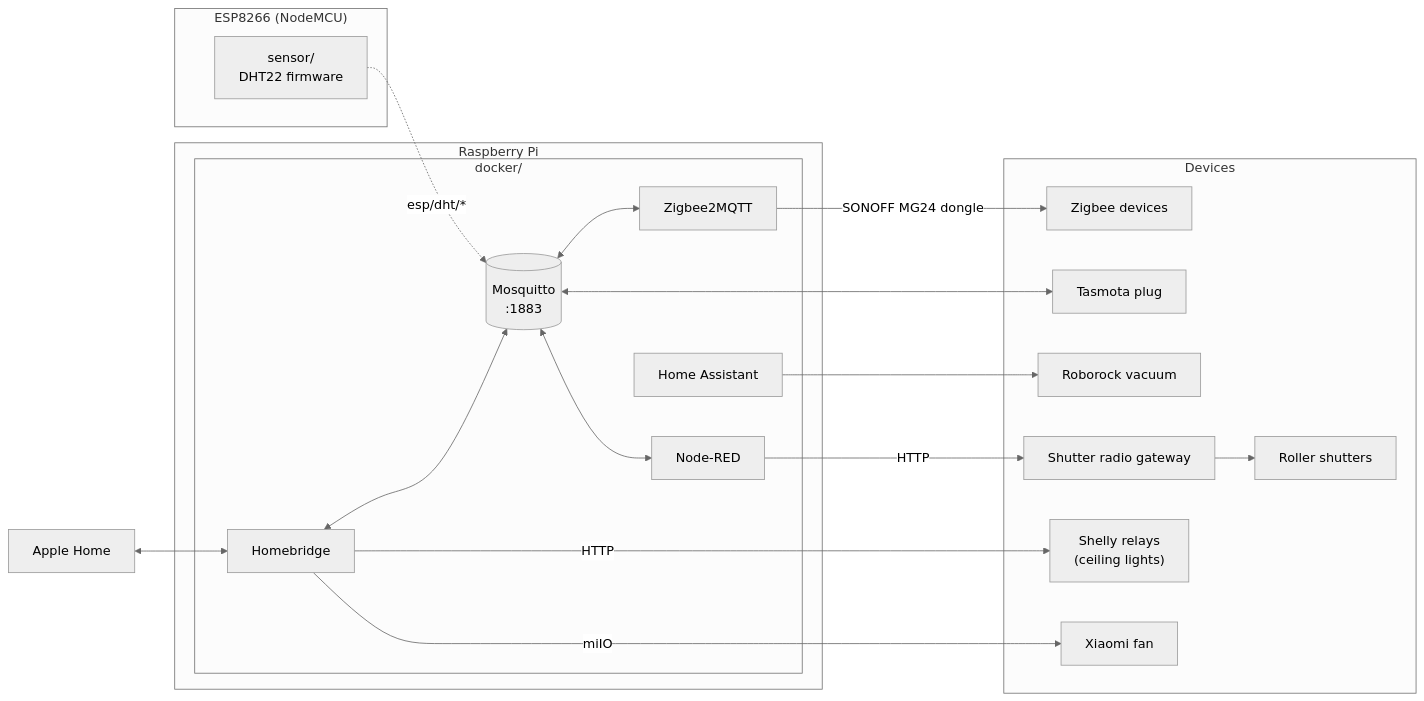
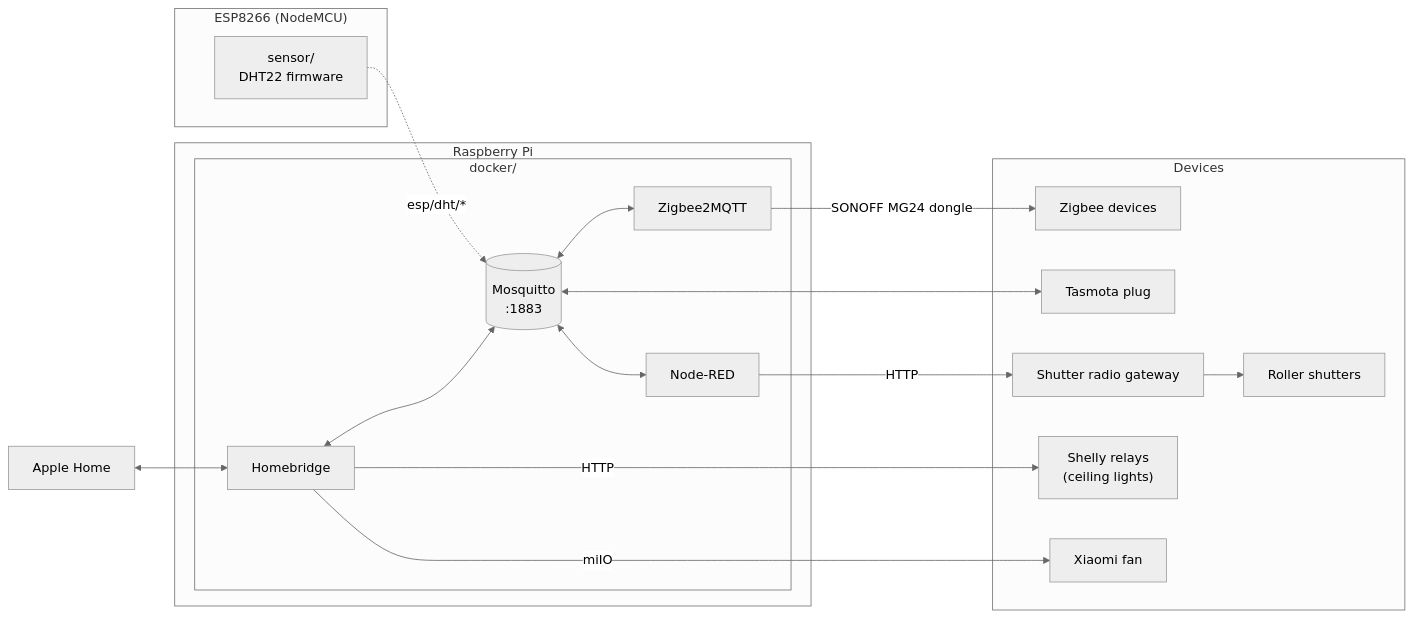
The diagram in README.md (yuran-liang/smart-home), drawn with Mermaid (neutral theme) before and after one commit. The commit also changed other lines of this file and 2 other files, not shown here.

First line of the commit message:
Remove Home Assistant from the stack

````diff
--- a/README.md
+++ b/README.md
@@ -12,41 +12,38 @@
 ```mermaid
 flowchart LR
     AH["Apple Home"]
 
     subgraph PI["Raspberry Pi"]
         subgraph D["docker/"]
             HB["Homebridge"]
             B[("Mosquitto<br/>:1883")]
             Z["Zigbee2MQTT"]
             NR["Node-RED"]
-            HA["Home Assistant"]
         end
     end
 
     subgraph ESP["ESP8266 (NodeMCU)"]
         S["sensor/<br/>DHT22 firmware"]
     end
 
     subgraph DEV["Devices"]
         ZD["Zigbee devices"]
         TP["Tasmota plug"]
         SH["Shelly relays<br/>(ceiling lights)"]
         FAN["Xiaomi fan"]
         GW["Shutter radio gateway"]
         R["Roller shutters"]
-        RR["Roborock vacuum"]
     end
 
     AH <--> HB
     HB <--> B
     HB -- "HTTP" --> SH
     HB -- "miIO" --> FAN
     B <--> Z
     Z -- "SONOFF MG24 dongle" --> ZD
     B <--> TP
     B <--> NR
     NR -- "HTTP" --> GW
     GW --> R
     S -. "esp/dht/*" .-> B
-    HA --> RR
 ```
````
